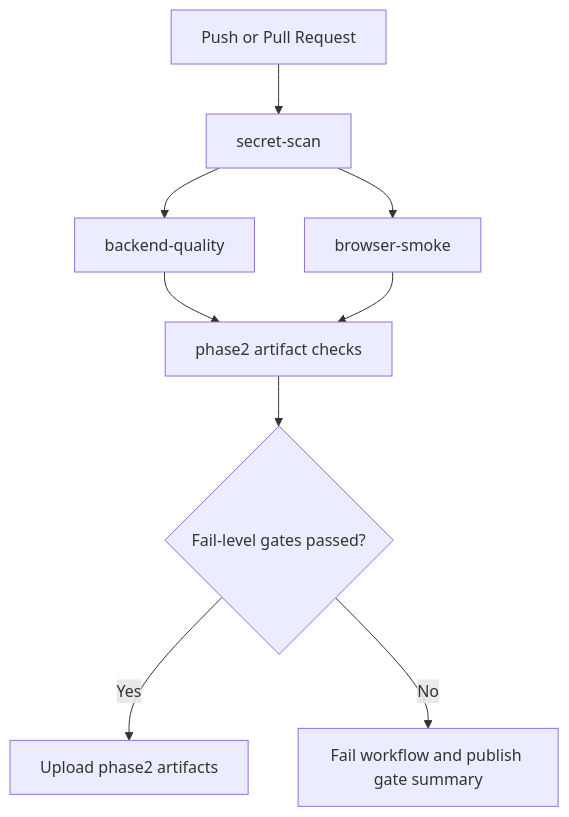
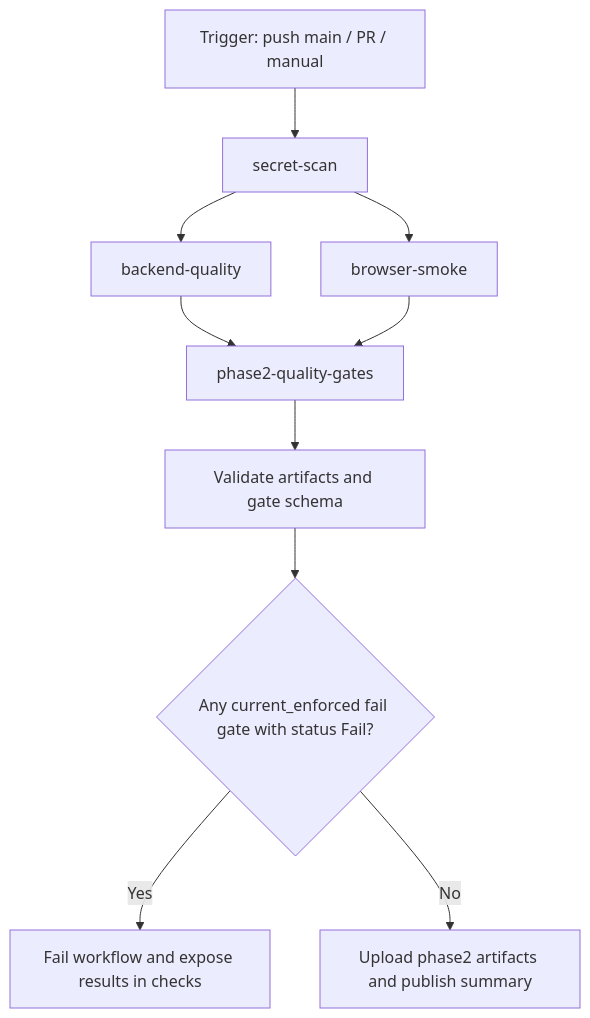
Before and after one commit to almazmurat/digital-library: the diagram in qa/phase2/ci/phase2-workflow-diagram.md, drawn with Mermaid. The commit also changed other lines of this file and 18 other files, not shown here.

Commit message:
phase2: finalize quality gates, CI integration, alerting procedures, and pipeline documentation

````diff
--- a/qa/phase2/ci/phase2-workflow-diagram.md
+++ b/qa/phase2/ci/phase2-workflow-diagram.md
@@ -3,11 +19,12 @@
 ```mermaid
 flowchart TD
-    A[Push or Pull Request] --> B[secret-scan]
+    A[Trigger: push main / PR / manual] --> B[secret-scan]
     B --> C[backend-quality]
     B --> D[browser-smoke]
-    C --> E[phase2 artifact checks]
+    C --> E[phase2-quality-gates]
     D --> E
-    E --> F{Fail-level gates passed?}
-    F -->|Yes| G[Upload phase2 artifacts]
-    F -->|No| H[Fail workflow and publish gate summary]
+    E --> F[Validate artifacts and gate schema]
+    F --> G{Any current_enforced fail gate with status Fail?}
+    G -->|Yes| H[Fail workflow and expose results in checks]
+    G -->|No| I[Upload phase2 artifacts and publish summary]
 ```
````
